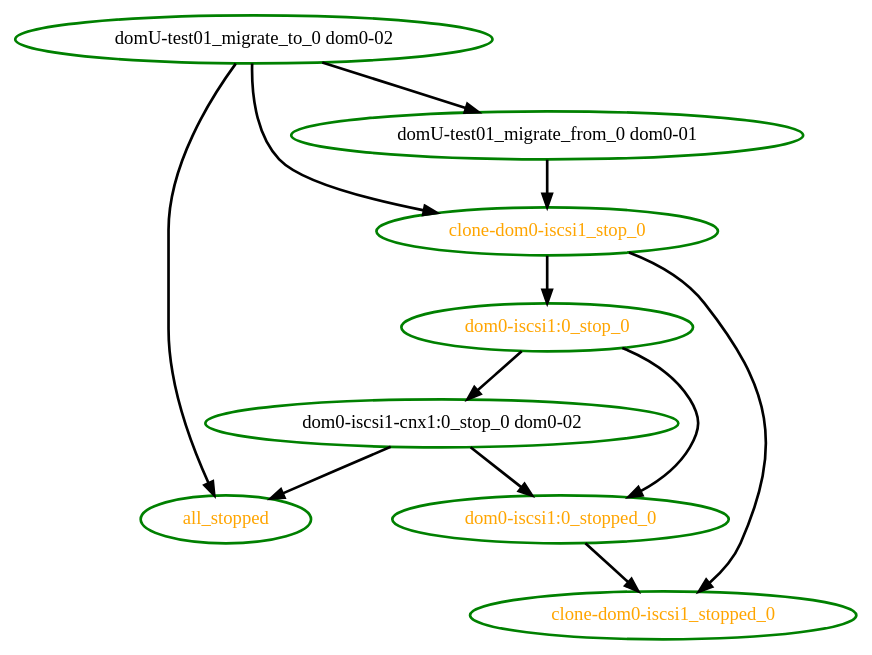
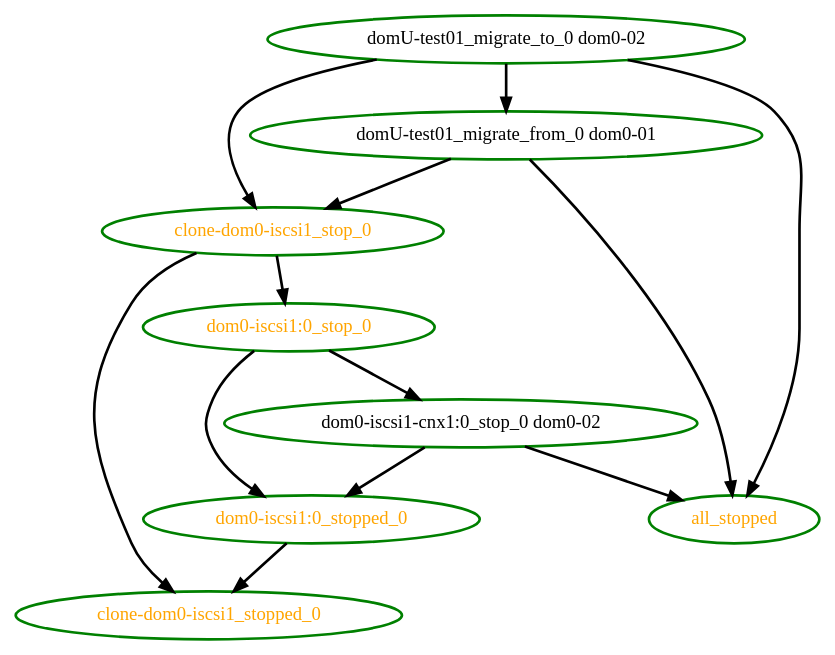
One commit to linux-ha-japan/pm_diskd changed the diagram in pengine/test10/migrate-stop.dot. Above: the diagram before and after it, drawn with Graphviz. The commit also changed 11 other files, not shown here.

```diff
--- a/pengine/test10/migrate-stop.dot
+++ b/pengine/test10/migrate-stop.dot
@@ -1,21 +1,22 @@
-digraph "g" {
+ digraph "g" {
 "all_stopped" [ style=bold color="green" fontcolor="orange"  ]
 "clone-dom0-iscsi1_stop_0" -> "clone-dom0-iscsi1_stopped_0" [ style = bold]
 "clone-dom0-iscsi1_stop_0" -> "dom0-iscsi1:0_stop_0" [ style = bold]
 "clone-dom0-iscsi1_stop_0" [ style=bold color="green" fontcolor="orange"  ]
 "clone-dom0-iscsi1_stopped_0" [ style=bold color="green" fontcolor="orange"  ]
 "dom0-iscsi1-cnx1:0_stop_0 dom0-02" -> "all_stopped" [ style = bold]
 "dom0-iscsi1-cnx1:0_stop_0 dom0-02" -> "dom0-iscsi1:0_stopped_0" [ style = bold]
 "dom0-iscsi1-cnx1:0_stop_0 dom0-02" [ style=bold color="green" fontcolor="black"  ]
 "dom0-iscsi1:0_stop_0" -> "dom0-iscsi1-cnx1:0_stop_0 dom0-02" [ style = bold]
 "dom0-iscsi1:0_stop_0" -> "dom0-iscsi1:0_stopped_0" [ style = bold]
 "dom0-iscsi1:0_stop_0" [ style=bold color="green" fontcolor="orange"  ]
 "dom0-iscsi1:0_stopped_0" -> "clone-dom0-iscsi1_stopped_0" [ style = bold]
 "dom0-iscsi1:0_stopped_0" [ style=bold color="green" fontcolor="orange"  ]
+"domU-test01_migrate_from_0 dom0-01" -> "all_stopped" [ style = bold]
 "domU-test01_migrate_from_0 dom0-01" -> "clone-dom0-iscsi1_stop_0" [ style = bold]
 "domU-test01_migrate_from_0 dom0-01" [ style=bold color="green" fontcolor="black"  ]
 "domU-test01_migrate_to_0 dom0-02" -> "all_stopped" [ style = bold]
 "domU-test01_migrate_to_0 dom0-02" -> "clone-dom0-iscsi1_stop_0" [ style = bold]
 "domU-test01_migrate_to_0 dom0-02" -> "domU-test01_migrate_from_0 dom0-01" [ style = bold]
 "domU-test01_migrate_to_0 dom0-02" [ style=bold color="green" fontcolor="black"  ]
 }
```
